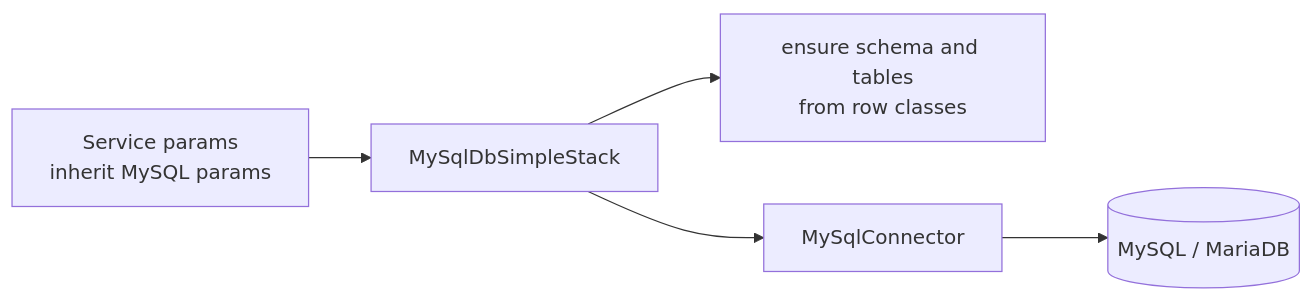
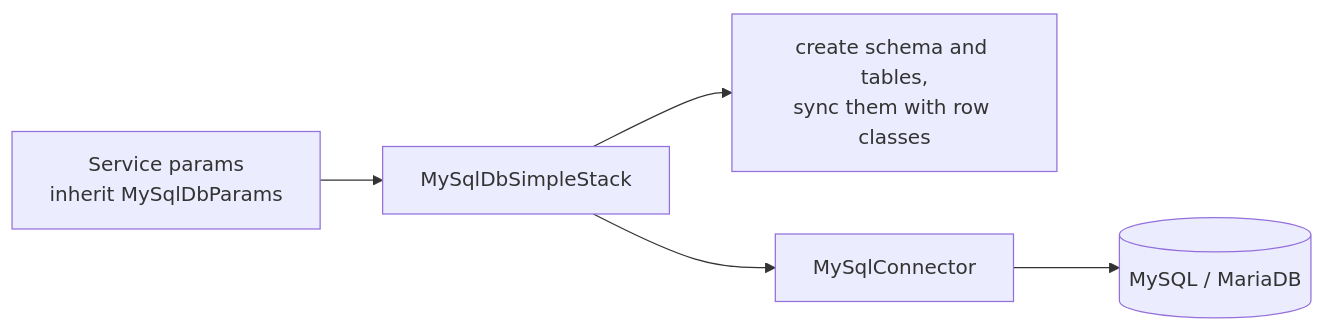
The diagram in SysWeaver.DbSimpleStack.MySql/README.md (dosh1974/SysWeaver), drawn with Mermaid before and after one commit. The commit also changed other lines of this file and 532 other files, not shown here.

````diff
--- a/SysWeaver.DbSimpleStack.MySql/README.md
+++ b/SysWeaver.DbSimpleStack.MySql/README.md
@@ -18,7 +18,7 @@
 ```mermaid
 flowchart LR
-  Params["Service params<br/>inherit MySQL params"] --> Stack["MySqlDbSimpleStack"]
-  Stack --> Schema["ensure schema and tables<br/>from row classes"]
+  Params["Service params<br/>inherit MySqlDbParams"] --> Stack["MySqlDbSimpleStack"]
+  Stack --> Schema["create schema and tables,<br/>sync them with row classes"]
   Stack --> Conn["MySqlConnector"]
   Conn --> DB[("MySQL / MariaDB")]
 ```
````
